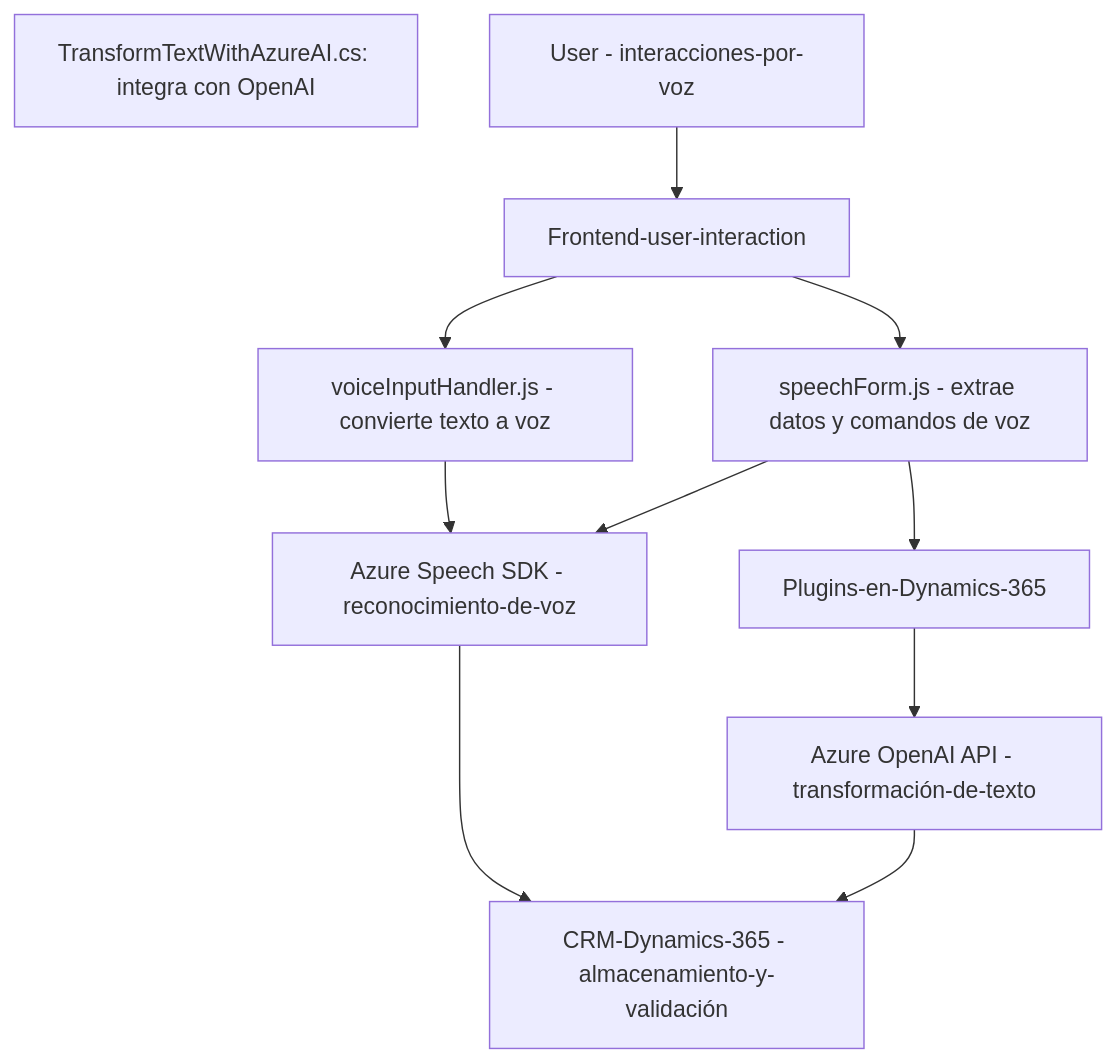
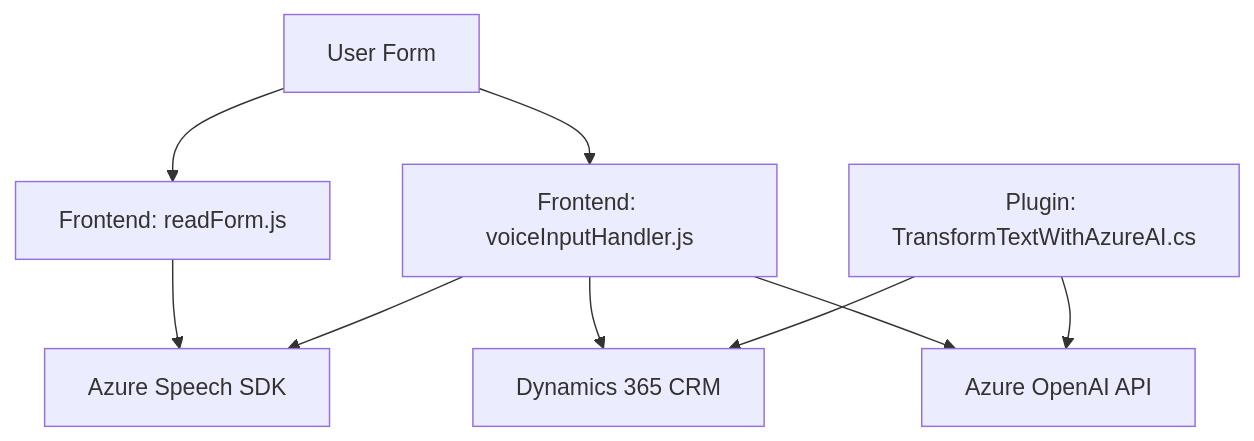
Before and after one commit to blopezdm/NETCORE_BILBAO2025: the diagram in README.md, drawn with Mermaid. The commit also changed other lines of this file, not shown here.

Commit message:
Actualizar análisis global de la solución con IA

````diff
--- a/README.md
+++ b/README.md
@@ -44,22 +36,19 @@
 ```mermaid
 graph TD
-    A["Frontend-user-interaction"]
-    B["voiceInputHandler.js - convierte texto a voz"]
-    C["speechForm.js - extrae datos y comandos de voz"]
-    D["Plugins-en-Dynamics-365"]
-    E["TransformTextWithAzureAI.cs: integra con OpenAI"]
-    F["Azure Speech SDK - reconocimiento-de-voz"]
-    G["Azure OpenAI API - transformación-de-texto"]
-    H["CRM-Dynamics-365 - almacenamiento-y-validación"]
-    I["User - interacciones-por-voz"]
+    A["Frontend: readForm.js"]
+    B["Frontend: voiceInputHandler.js"]
+    C["Plugin: TransformTextWithAzureAI.cs"]
+    D["Azure Speech SDK"]
+    E["Dynamics 365 CRM"]
+    F["Azure OpenAI API"]
+    G["User Form"]
 
-    A --> B
-    A --> C 
-    I --> A
+    G --> A
+    G --> B
+    A --> D
+    B --> D
+    B --> E
     B --> F
     C --> F
-    F --> H
-    C --> D
-    D --> G
-    G --> H
+    C --> E
 ```
````
